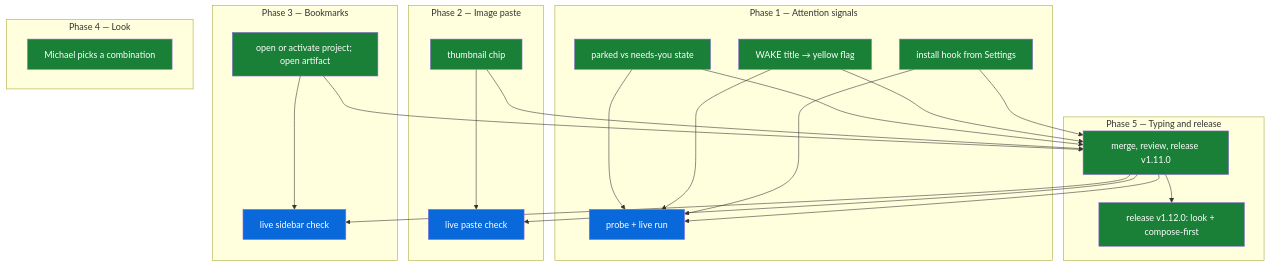
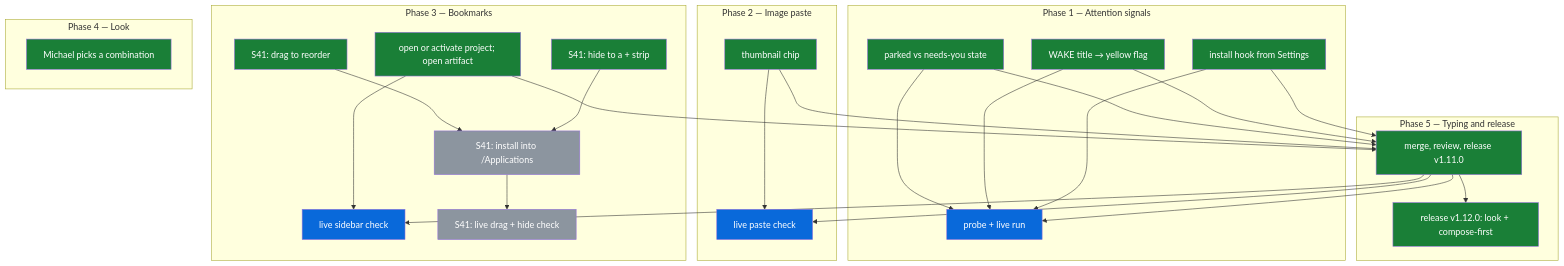
The diagram in docs/NEXT_STEPS.md (michaeljryoung/patton), drawn with Mermaid before and after one commit. The commit also changed other lines of this file and 1 other file, not shown here.

First line of the commit message:
S41 notes: field evidence from the 1.12.0 run; bookmarks reorder and hide on the map

````diff
--- a/docs/NEXT_STEPS.md
+++ b/docs/NEXT_STEPS.md
@@ -12,44 +12,51 @@
 ```mermaid
 flowchart TD
   subgraph P1["Phase 1 — Attention signals"]
     parked_state[parked vs needs-you state]:::done
     wake_yellow[WAKE title → yellow flag]:::done
     hook_install[install hook from Settings]:::done
     signals_verify[probe + live run]:::live
   end
   subgraph P2["Phase 2 — Image paste"]
     paste_thumbnail[thumbnail chip]:::done
     paste_verify[live paste check]:::live
   end
   subgraph P3["Phase 3 — Bookmarks"]
     bookmark_open[open or activate project; open artifact]:::done
     bookmarks_verify[live sidebar check]:::live
+    bookmark_reorder[S41: drag to reorder]:::done
+    bookmark_hide[S41: hide to a + strip]:::done
+    s41_install[S41: install into /Applications]:::todo
+    s41_verify[S41: live drag + hide check]:::todo
   end
   subgraph P4["Phase 4 — Look"]
     look_pick[Michael picks a combination]:::done
   end
   subgraph P5["Phase 5 — Typing and release"]
     merge_release[merge, review, release v1.11.0]:::done
     release_v1_12[release v1.12.0: look + compose-first]:::done
   end
   parked_state --> signals_verify
   wake_yellow --> signals_verify
   hook_install --> signals_verify
   paste_thumbnail --> paste_verify
   bookmark_open --> bookmarks_verify
+  bookmark_reorder --> s41_install
+  bookmark_hide --> s41_install
+  s41_install --> s41_verify
   parked_state --> merge_release
   wake_yellow --> merge_release
   hook_install --> merge_release
   paste_thumbnail --> merge_release
   bookmark_open --> merge_release
   merge_release --> signals_verify
   merge_release --> paste_verify
   merge_release --> bookmarks_verify
   merge_release --> release_v1_12
   classDef done fill:#1a7f37,color:#fff
   classDef live fill:#0969da,color:#fff
   classDef todo fill:#8c959f,color:#fff
   classDef blocked fill:#cf222e,color:#fff
   classDef dropped fill:#eaeef2,color:#57606a
   classDef superseded fill:#eaeef2,color:#57606a
 ```
````
